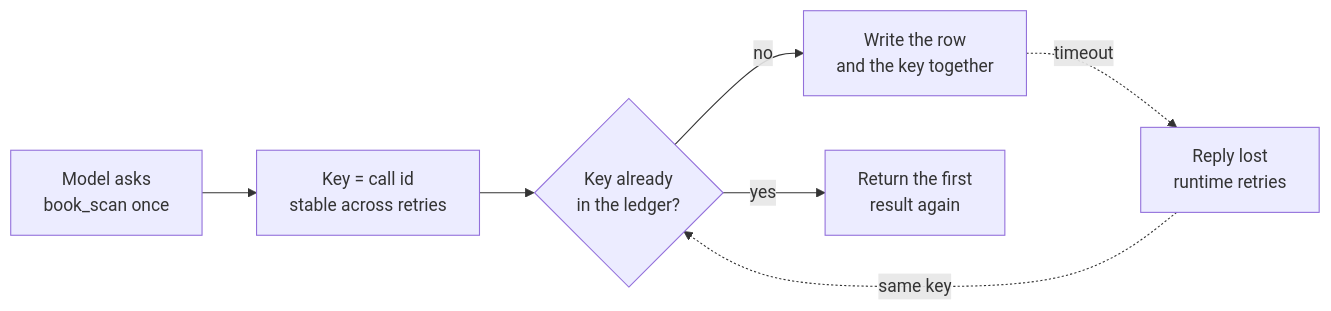
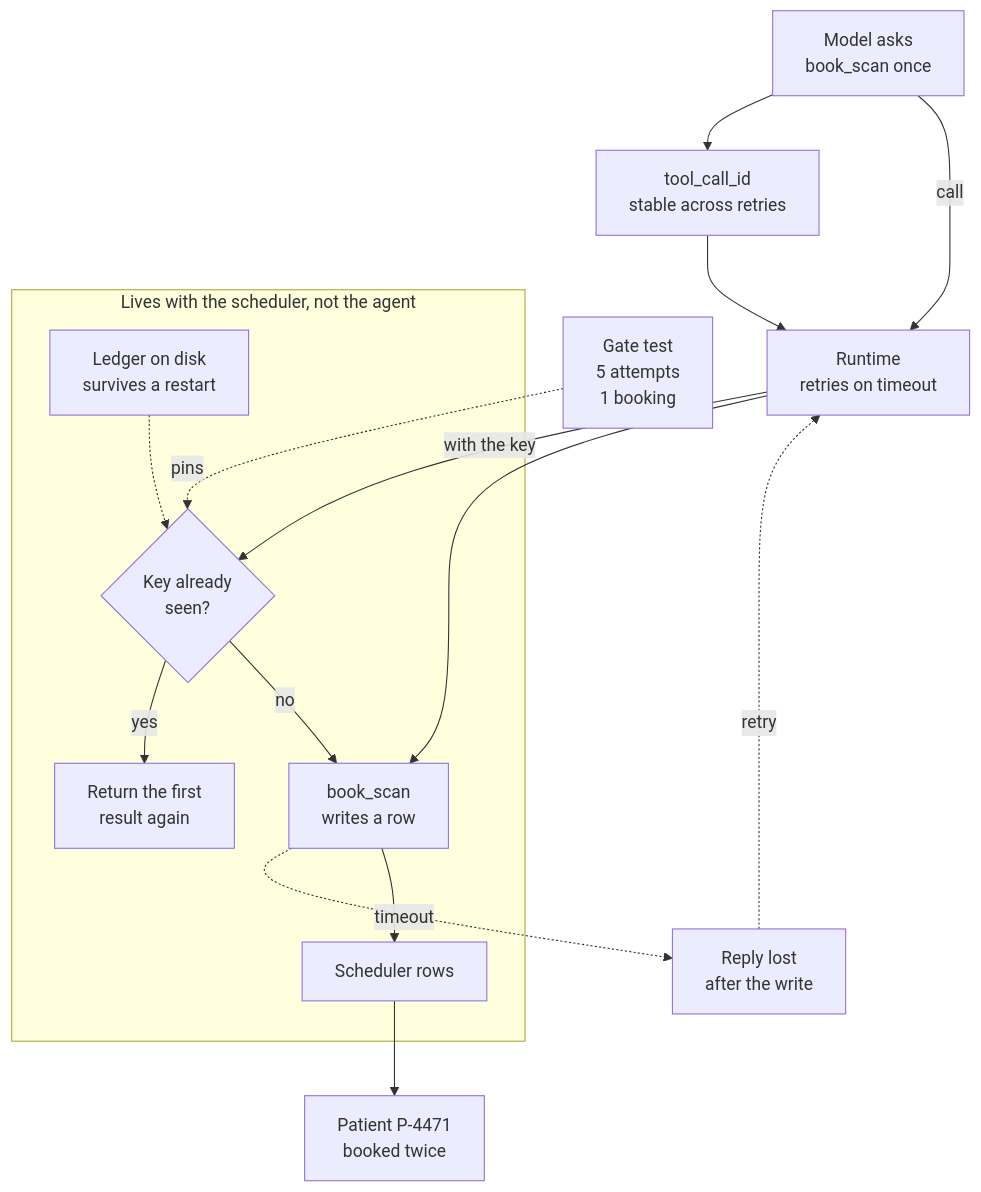
Before and after one commit to learnwithparam/ai-engineering-vaults: the diagram in 01-stateful-agent-runtime/diagrams/idempotency.mmd, drawn with Mermaid. The commit also changed 79 other files, not shown here.

First line of the commit message:
Derive each fix in step frames, and gate the reading, piloted on vault 1

```diff
--- a/01-stateful-agent-runtime/diagrams/idempotency.mmd
+++ b/01-stateful-agent-runtime/diagrams/idempotency.mmd
@@ -1,13 +1,41 @@
-graph LR
+graph TD
   M["Model asks<br/>book_scan once"]:::model
-  K["Key = call id<br/>stable across retries"]:::decision
-  L{"Key already<br/>in the ledger?"}:::decision
-  W["Write the row<br/>and the key together"]:::store
-  R["Return the first<br/>result again"]:::output
-  X["Reply lost<br/>runtime retries"]:::risk
+  I["tool_call_id<br/>stable across retries"]:::input
+  Y["Runtime<br/>retries on timeout"]:::decision
+  L{"Key already<br/>seen?"}:::decision
+  B["book_scan<br/>writes a row"]:::output
+  P["Return the first<br/>result again"]:::output
+  D["Scheduler rows"]:::store
+  F["Ledger on disk<br/>survives a restart"]:::store
+  X["Reply lost<br/>after the write"]:::risk
+  Z["Patient P-4471<br/>booked twice"]:::risk
+  Q["Gate test<br/>5 attempts<br/>1 booking"]:::decision
 
-  M --> K --> L
-  L -->|no| W
-  L -->|yes| R
-  W -.->|"timeout"| X
-  X -.->|"same key"| L
+  M -->|"call"| Y
+  M --> I --> Y
+  Y --> B
+  Y -->|"with the key"| L
+  L -->|"no"| B
+  L -->|"yes"| P
+  B --> D
+  D --> Z
+  B -.->|"timeout"| X
+  X -.->|"retry"| Y
+  F -.-> L
+  Q -.->|"pins"| L
+
+  subgraph SCHEDULER["Lives with the scheduler, not the agent"]
+    L
+    B
+    P
+    D
+    F
+  end
+
+%% step 1: M Y B D
+%% step 2: X Z
+%% step 3: I
+%% step 4: L P SCHEDULER
+%% retire 4: M-Y Y-B Z
+%% step 5: F
+%% step 6: Q
```
